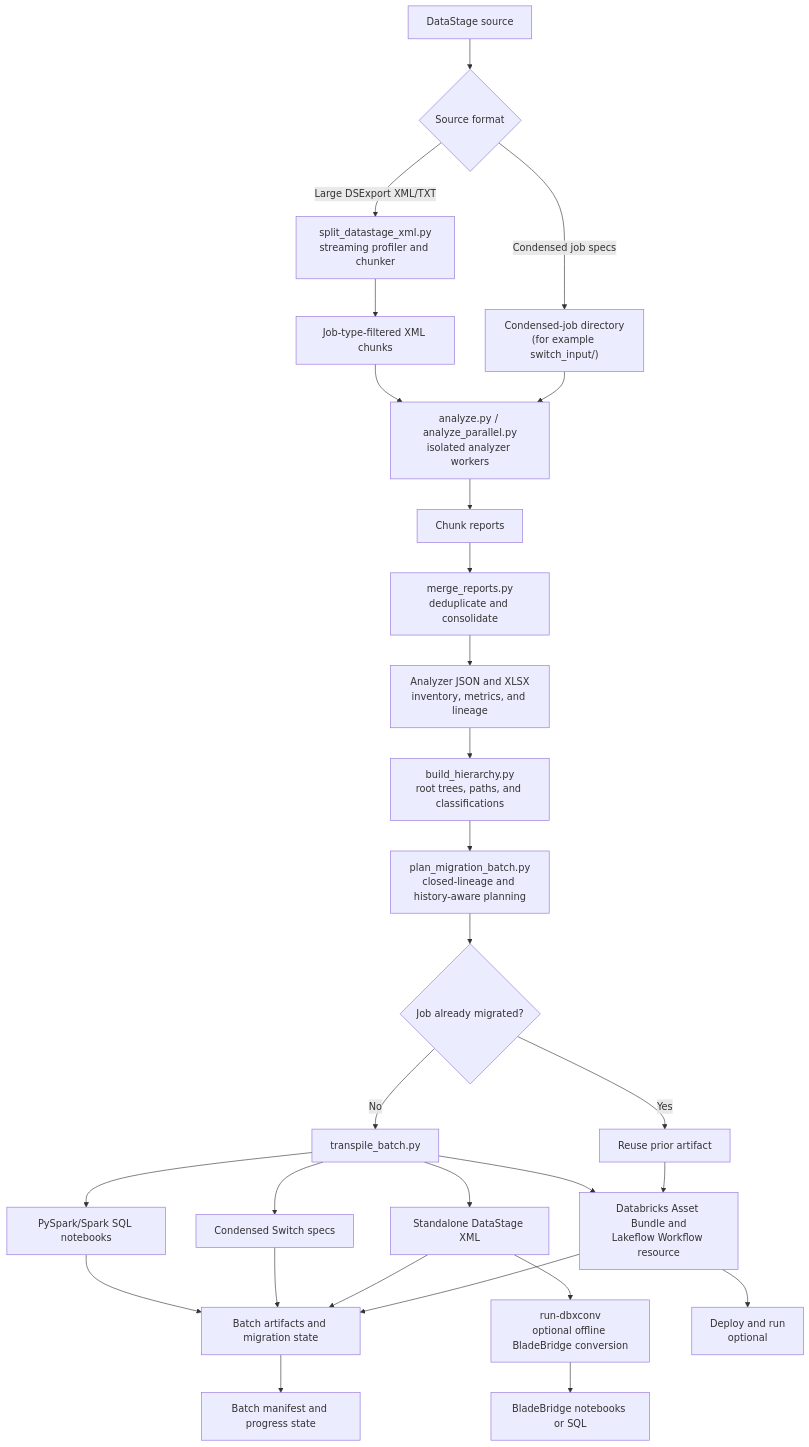
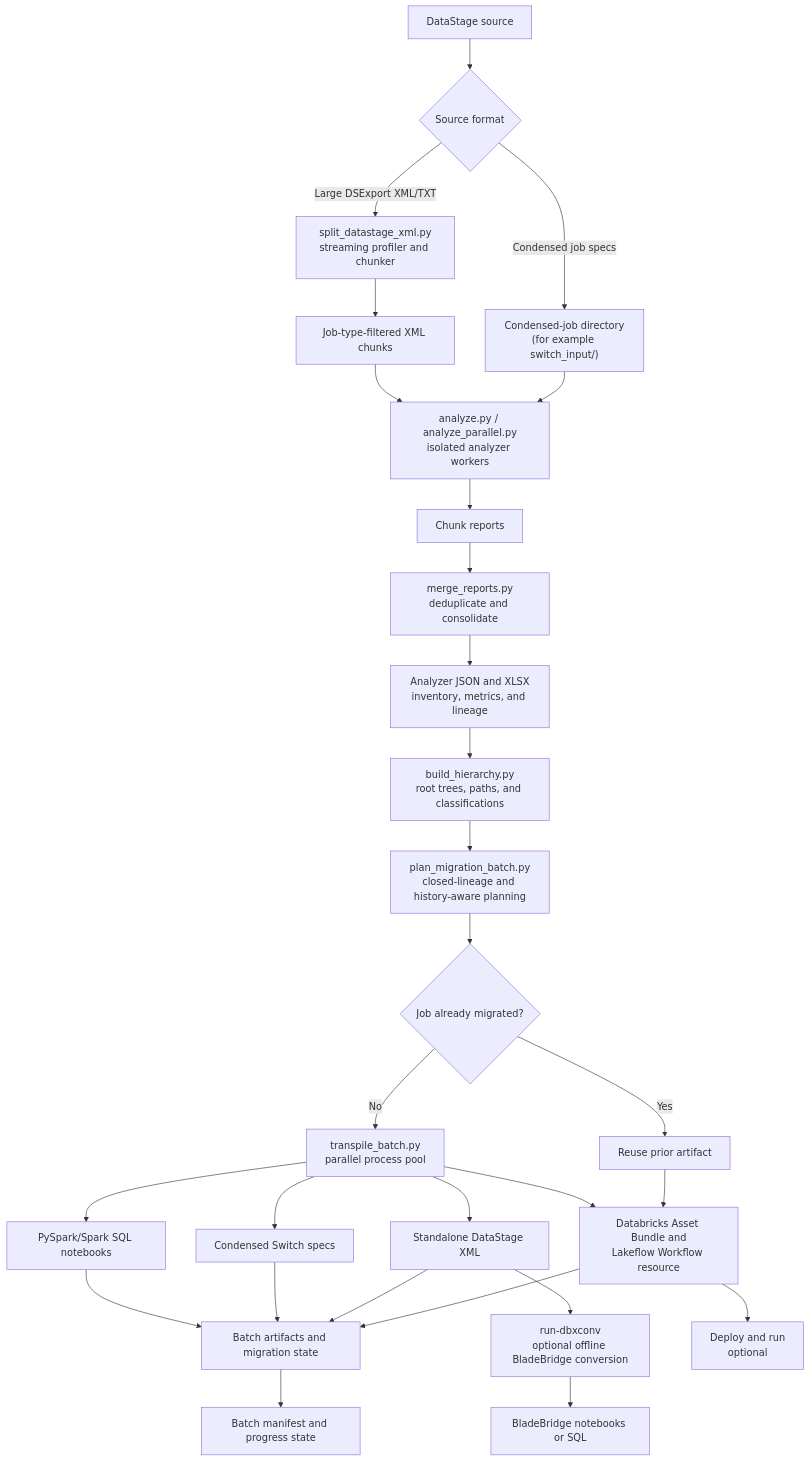
Before and after one commit to rwforest/Retail-Store-Data-Modeling-and-Analysis-using-DataStage: the diagram in migration/lakebridge_workflow/README.md, drawn with Mermaid. The commit also changed other lines of this file and 4 other files, not shown here.

````diff
--- a/migration/lakebridge_workflow/README.md
+++ b/migration/lakebridge_workflow/README.md
@@ -19,39 +19,39 @@
 ```mermaid
 flowchart TD
     A["DataStage source"] --> B{"Source format"}
     B -->|"Large DSExport XML/TXT"| C["split_datastage_xml.py<br/>streaming profiler and chunker"]
     B -->|"Condensed job specs"| D["Condensed-job directory<br/>(for example switch_input/)"]
 
     C --> E["Job-type-filtered XML chunks"]
     E --> F["analyze.py / analyze_parallel.py<br/>isolated analyzer workers"]
     D --> F
 
     F --> G["Chunk reports"]
     G --> H["merge_reports.py<br/>deduplicate and consolidate"]
 
     H --> I["Analyzer JSON and XLSX<br/>inventory, metrics, and lineage"]
     I --> J["build_hierarchy.py<br/>root trees, paths, and classifications"]
 
     J --> K["plan_migration_batch.py<br/>closed-lineage and history-aware planning"]
     K --> L{"Job already migrated?"}
 
-    L -->|"No"| M["transpile_batch.py"]
+    L -->|"No"| M["transpile_batch.py<br/>parallel process pool"]
     L -->|"Yes"| N["Reuse prior artifact"]
 
     M --> O["PySpark/Spark SQL notebooks"]
     M --> P["Condensed Switch specs"]
     M --> Q["Standalone DataStage XML"]
     M --> R["Databricks Asset Bundle and<br/>Lakeflow Workflow resource"]
 
     N --> R
     O --> S["Batch artifacts and migration state"]
     P --> S
     Q --> S
     R --> S
 
     Q --> T["run-dbxconv<br/>optional offline BladeBridge conversion"]
     T --> U["BladeBridge notebooks or SQL"]
 
     R --> V["Deploy and run<br/>optional"]
     S --> W["Batch manifest and progress state"]
 ```
````
